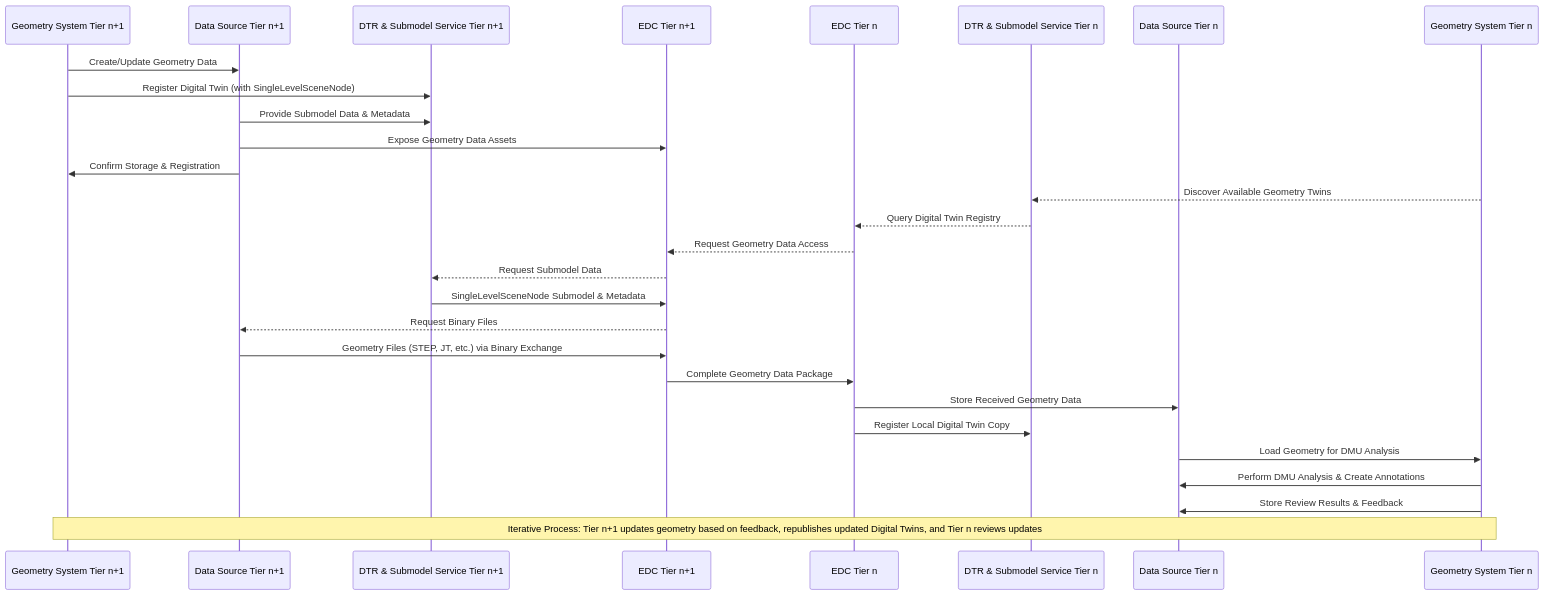
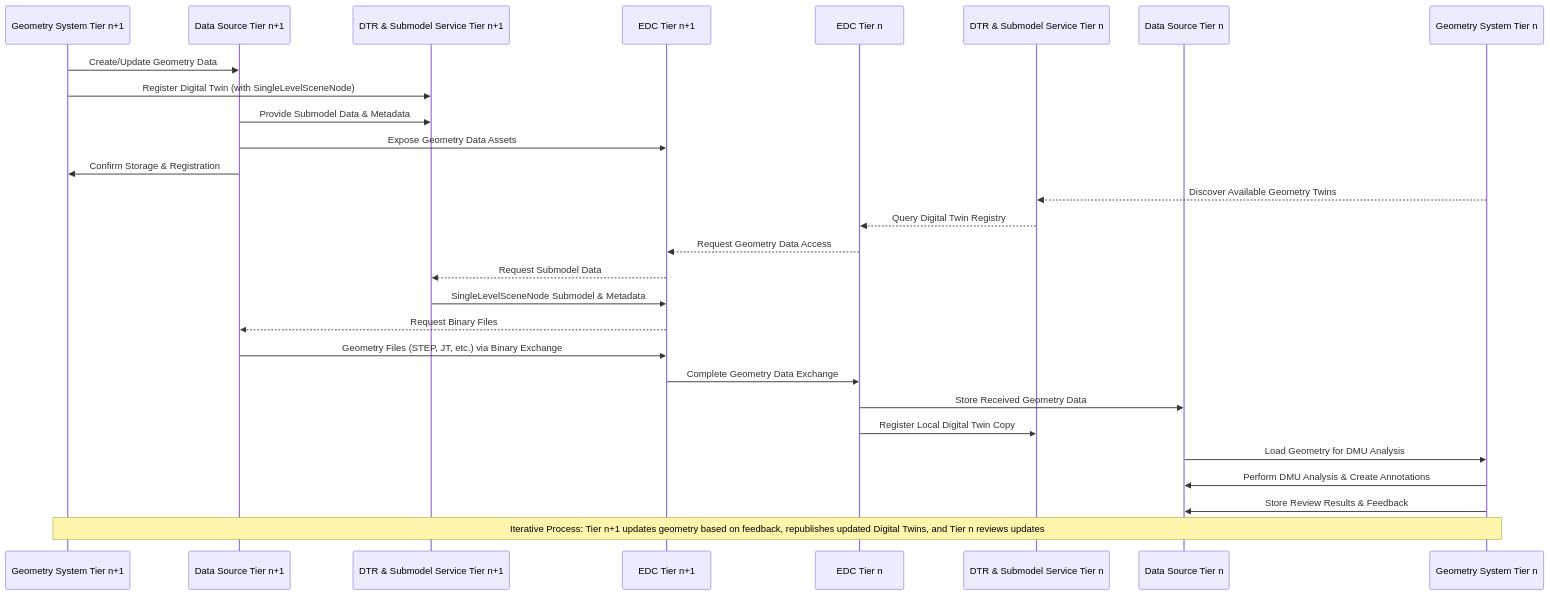
The second of 2 diagrams in docs-kits/kits/geometry-kit/software-development-view.md (MartinEnders/eclipse-tractusx.github.io), drawn with Mermaid before and after one commit. The commit also changed other lines of this file and 1 other file, not shown here.

Commit message:
changed: UCs Flowchart

````diff
--- a/docs-kits/kits/geometry-kit/software-development-view.md
+++ b/docs-kits/kits/geometry-kit/software-development-view.md
@@ -111,38 +113,38 @@
 ```mermaid
 sequenceDiagram
     participant supGeoSys as Geometry System Tier n+1
     participant supDataSrc as Data Source Tier n+1
     participant supDtr as DTR & Submodel Service Tier n+1
     participant supEDC as EDC Tier n+1
 
     participant oemEDC as EDC Tier n
     participant oemDtr as DTR & Submodel Service Tier n
     participant oemDataSrc as Data Source Tier n
     participant oemGeoSys as Geometry System Tier n
 
     %% Initial Geometry Creation & Publishing (Supplier)
     supGeoSys->>supDataSrc: Create/Update Geometry Data
     supGeoSys->>supDtr: Register Digital Twin (with SingleLevelSceneNode)
     supDataSrc->>supDtr: Provide Submodel Data & Metadata
     supDataSrc->>supEDC: Expose Geometry Data Assets
     supDataSrc->>supGeoSys: Confirm Storage & Registration
 
     %% Discovery & Request (OEM) and Data Transfer
     oemGeoSys-->>oemDtr: Discover Available Geometry Twins
     oemDtr-->>oemEDC: Query Digital Twin Registry
     oemEDC-->>supEDC: Request Geometry Data Access
     supEDC-->>supDtr: Request Submodel Data
     supDtr->>supEDC: SingleLevelSceneNode Submodel & Metadata
     supEDC-->>supDataSrc: Request Binary Files
     supDataSrc->>supEDC: Geometry Files (STEP, JT, etc.) via Binary Exchange
-    supEDC->>oemEDC: Complete Geometry Data Package
+    supEDC->>oemEDC: Complete Geometry Data Exchange
     oemEDC->>oemDataSrc: Store Received Geometry Data
     oemEDC->>oemDtr: Register Local Digital Twin Copy
     oemDataSrc->>oemGeoSys: Load Geometry for DMU Analysis
 
     %% Review & Feedback (DMU Analysis)
     oemGeoSys->>oemDataSrc: Perform DMU Analysis & Create Annotations
     oemGeoSys->>oemDataSrc: Store Review Results & Feedback
 
     Note over supGeoSys, oemGeoSys: Iterative Process: Tier n+1 updates geometry based on feedback, republishes updated Digital Twins, and Tier n reviews updates
 ```
````
